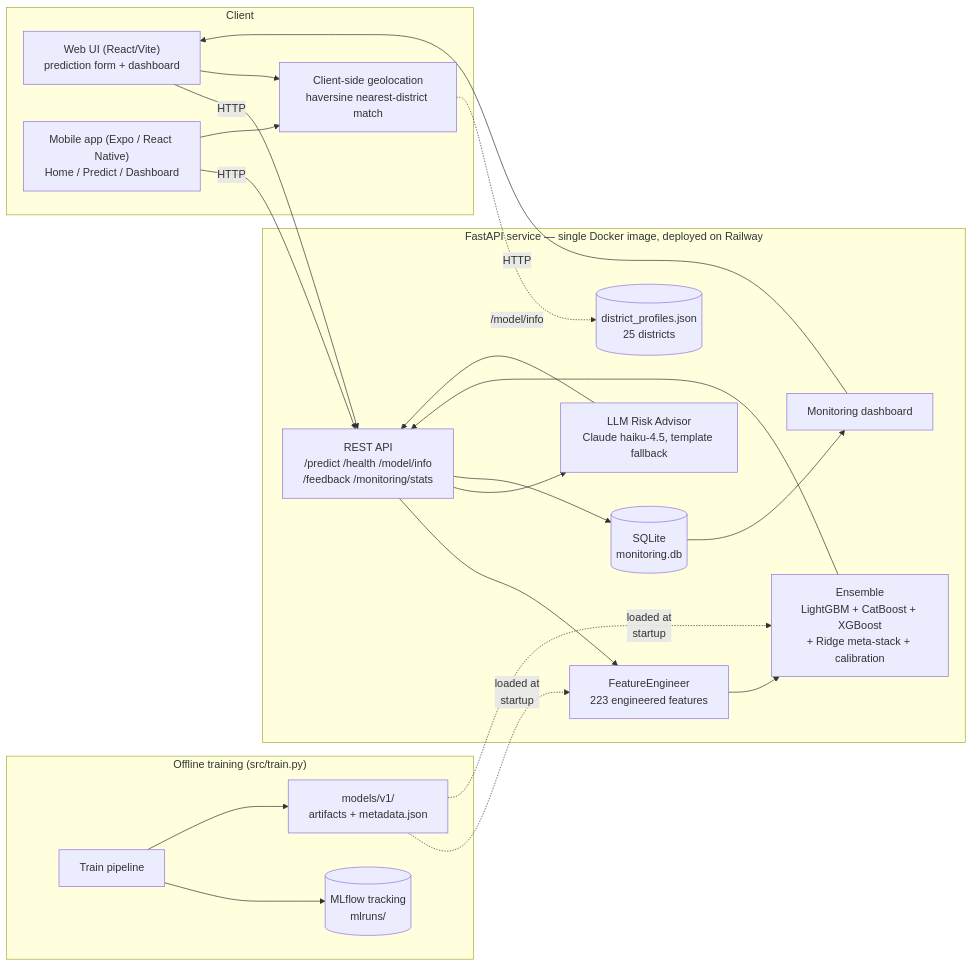
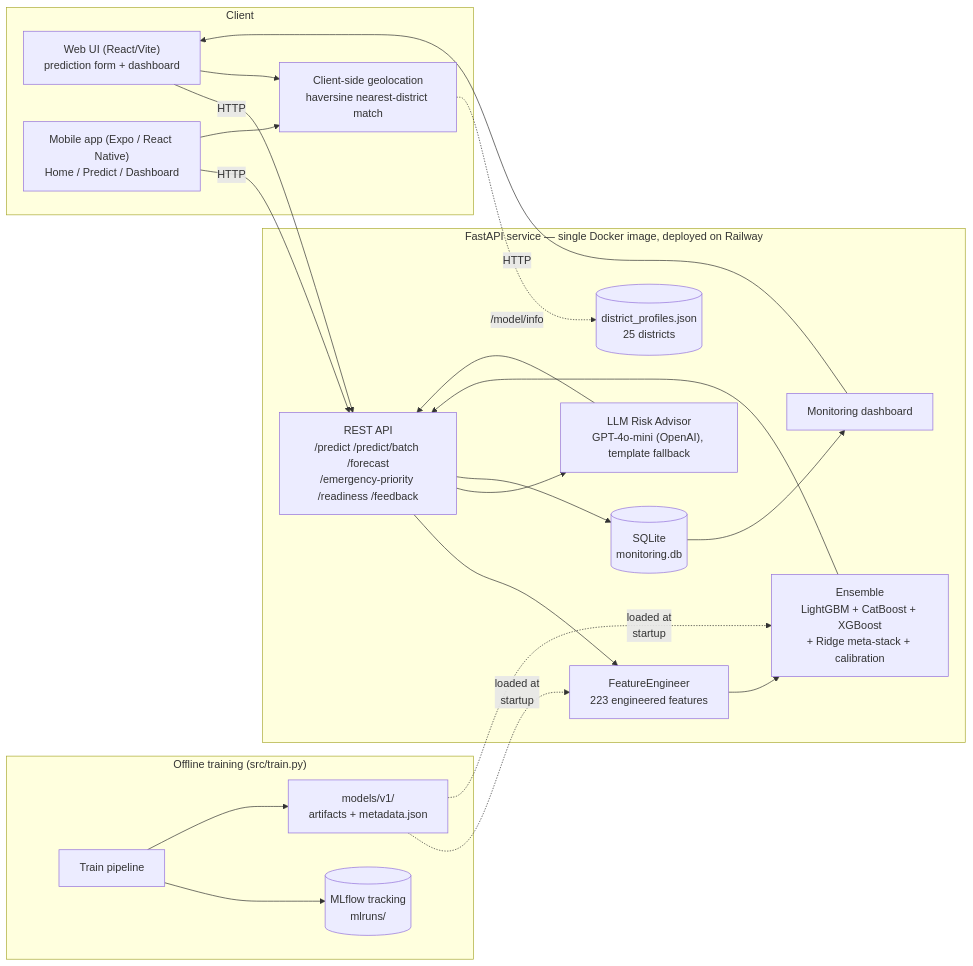
The diagram in docs/technical_report.md (malika1234m/flood-guard-ai), drawn with Mermaid before and after one commit. The commit also changed other lines of this file and 13 other files, not shown here.

````diff
--- a/docs/technical_report.md
+++ b/docs/technical_report.md
@@ -107,38 +113,38 @@
 ```mermaid
 flowchart LR
     subgraph Client
         UI["Web UI (React/Vite)\nprediction form + dashboard"]
         MOB["Mobile app (Expo / React Native)\nHome / Predict / Dashboard"]
         GEO["Client-side geolocation\nhaversine nearest-district match"]
     end
 
     subgraph svc ["FastAPI service — single Docker image, deployed on Railway"]
-        API[REST API\n/predict /health /model/info\n/feedback /monitoring/stats]
+        API[REST API\n/predict /predict/batch /forecast\n/emergency-priority /readiness /feedback]
         DP[(district_profiles.json\n25 districts)]
         FE[FeatureEngineer\n223 engineered features]
         ENS["Ensemble\nLightGBM + CatBoost + XGBoost\n+ Ridge meta-stack + calibration"]
-        LLM["LLM Risk Advisor\nClaude haiku-4.5, template fallback"]
+        LLM["LLM Risk Advisor\nGPT-4o-mini (OpenAI), template fallback"]
         MON[(SQLite\nmonitoring.db)]
         DASH[Monitoring dashboard]
     end
 
     UI -- "HTTP" --> API
     MOB -- "HTTP" --> API
     UI --> GEO
     MOB --> GEO
     GEO -. "/model/info" .-> DP
     API --> FE --> ENS --> API
     API --> LLM --> API
     API --> MON --> DASH
     DASH -- "HTTP" --> UI
 
     subgraph offline ["Offline training (src/train.py)"]
         TRAIN[Train pipeline]
         MLF[(MLflow tracking\nmlruns/)]
         ART["models/v1/\nartifacts + metadata.json"]
     end
     TRAIN --> MLF
     TRAIN --> ART
     ART -. "loaded at\nstartup" .-> FE
     ART -. "loaded at\nstartup" .-> ENS
 ```
````
